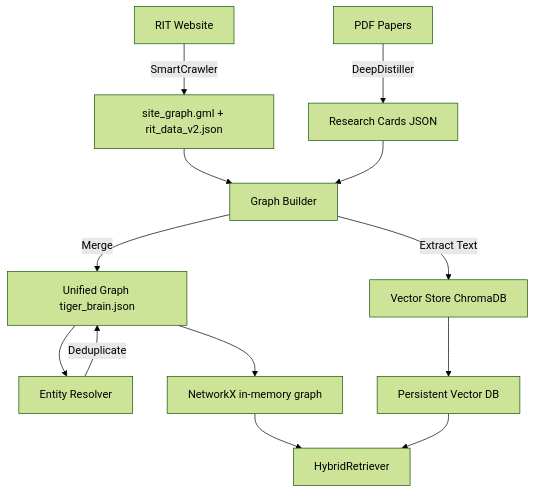
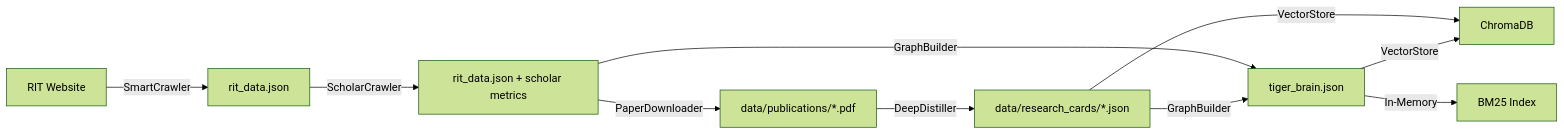
The third of 3 diagrams in docs/wiki/01_architecture.md (anurag2796/tiger_research_buddy), drawn with Mermaid (forest theme) before and after one commit. The commit also changed other lines of this file and 7 other files, not shown here.

````diff
--- a/docs/wiki/01_architecture.md
+++ b/docs/wiki/01_architecture.md
@@ -360,20 +299,12 @@
 ```mermaid
-graph TD
-    A[RIT Website] -->|SmartCrawler| B[site_graph.gml + rit_data_v2.json]
-    C[PDF Papers] -->|DeepDistiller| D[Research Cards JSON]
-    
-    B --> E[Graph Builder]
-    D --> E
-    
-    E -->|Merge| F[Unified Graph tiger_brain.json]
-    E -->|Extract Text| G[Vector Store ChromaDB]
-    
-    F --> H[Entity Resolver]
-    H -->|Deduplicate| F
-    
-    F --> I[NetworkX in-memory graph]
-    G --> J[Persistent Vector DB]
-    
-    I --> K[HybridRetriever]
-    J --> K
+graph LR
+    A[RIT Website] -->|SmartCrawler| B[rit_data.json]
+    B -->|ScholarCrawler| C[rit_data.json + scholar metrics]
+    C -->|PaperDownloader| D[data/publications/*.pdf]
+    D -->|DeepDistiller| E[data/research_cards/*.json]
+    E -->|GraphBuilder| F[tiger_brain.json]
+    C -->|GraphBuilder| F
+    F -->|VectorStore| G[ChromaDB]
+    E -->|VectorStore| G
+    F -->|In-Memory| H[BM25 Index]
 ```
````
